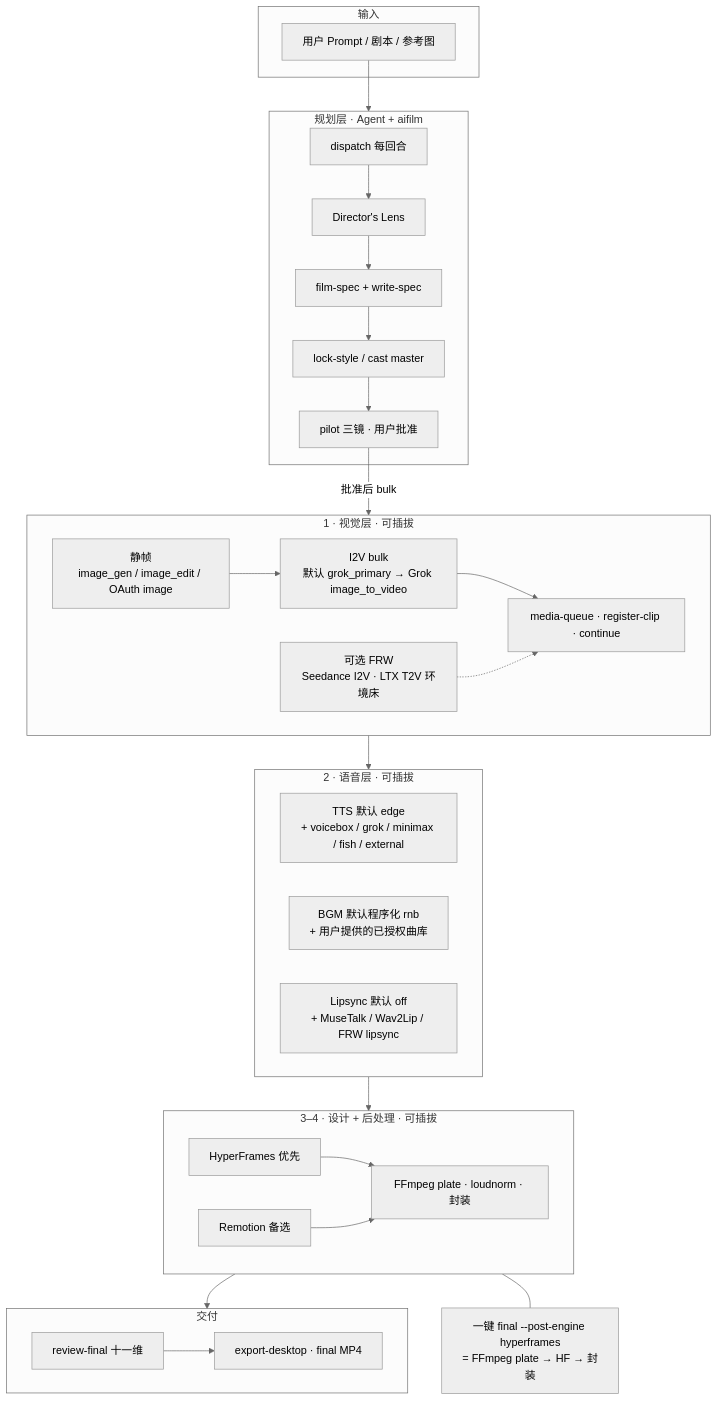
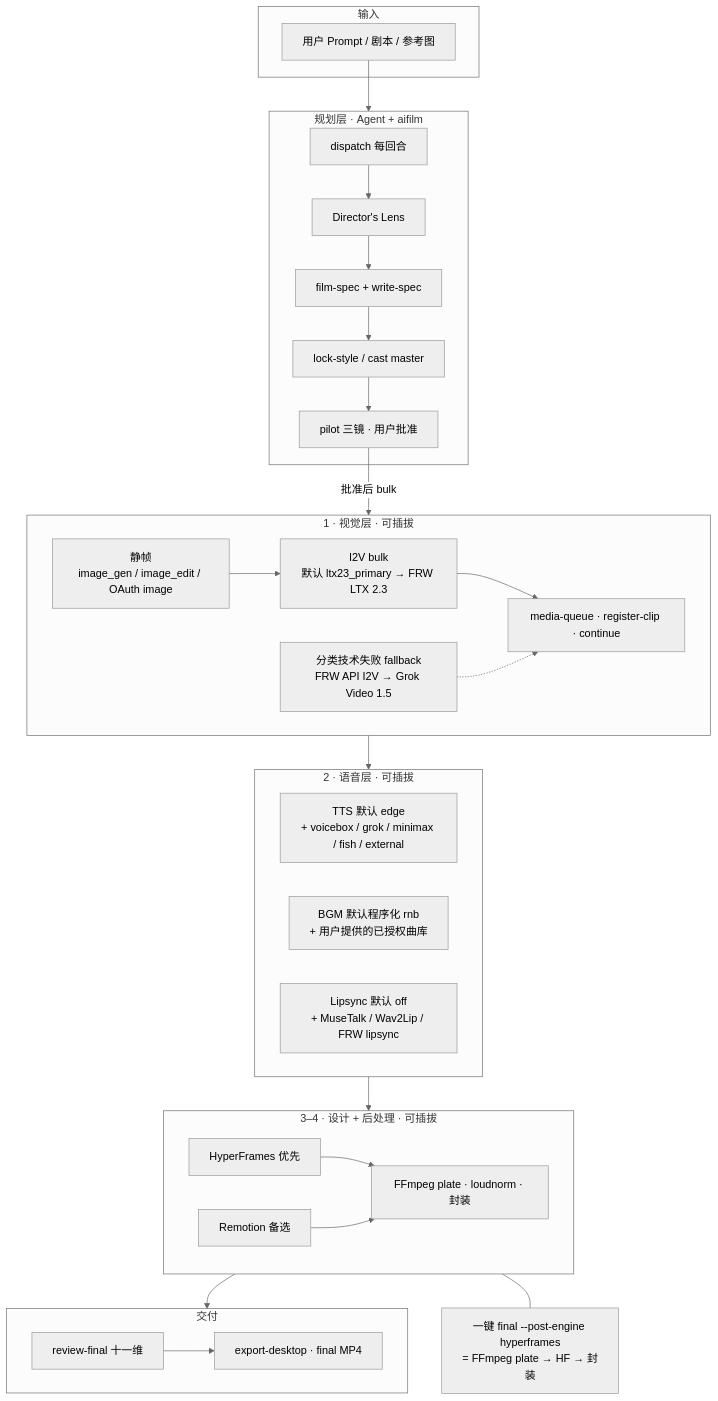
One commit to sooneocean/ai-film-grok changed the diagram in README.md. Above: the diagram before and after it, drawn with Mermaid (neutral theme). The commit also changed other lines of this file and 64 other files, not shown here.

````diff
--- a/README.md
+++ b/README.md
@@ -170,53 +171,53 @@
 ```mermaid
 flowchart TB
   subgraph IN["输入"]
     P["用户 Prompt / 剧本 / 参考图"]
   end
 
   subgraph AGENT["规划层 · Agent + aifilm"]
     D["dispatch 每回合"]
     L["Director's Lens"]
     S["film-spec + write-spec"]
     STY["lock-style / cast master"]
     PI["pilot 三镜 · 用户批准"]
     D --> L --> S --> STY --> PI
   end
 
   subgraph VIS["1 · 视觉层 · 可插拔"]
     STILL["静帧<br/>image_gen / image_edit / OAuth image"]
-    I2V["I2V bulk<br/>默认 grok_primary → Grok image_to_video"]
-    FRW["可选 FRW<br/>Seedance I2V · LTX T2V 环境床"]
+    I2V["I2V bulk<br/>默认 ltx23_primary → FRW LTX 2.3"]
+    FRW["分类技术失败 fallback<br/>FRW API I2V → Grok Video 1.5"]
     Q["media-queue · register-clip · continue"]
     STILL --> I2V --> Q
     FRW -.-> Q
   end
 
   subgraph VOI["2 · 语音层 · 可插拔"]
     TTS["TTS 默认 edge<br/>+ voicebox / grok / minimax / fish / external"]
     BGM["BGM 默认程序化 rnb<br/>+ 用户提供的已授权曲库"]
     LIP["Lipsync 默认 off<br/>+ MuseTalk / Wav2Lip / FRW lipsync"]
   end
 
   subgraph POST["3–4 · 设计 + 后处理 · 可插拔"]
     HF["HyperFrames 优先"]
     REM["Remotion 备选"]
     FF["FFmpeg plate · loudnorm · 封装"]
     HF --> FF
     REM --> FF
   end
 
   subgraph OUT["交付"]
     RV["review-final 十一维"]
     EX["export-desktop · final MP4"]
     RV --> EX
   end
 
   P --> AGENT
   PI -->|批准后 bulk| VIS
   VIS --> VOI
   VOI --> POST
   POST --> OUT
 
   note1["一键 final --post-engine hyperframes<br/>= FFmpeg plate → HF → 封装"]
   POST --- note1
 ```
````
